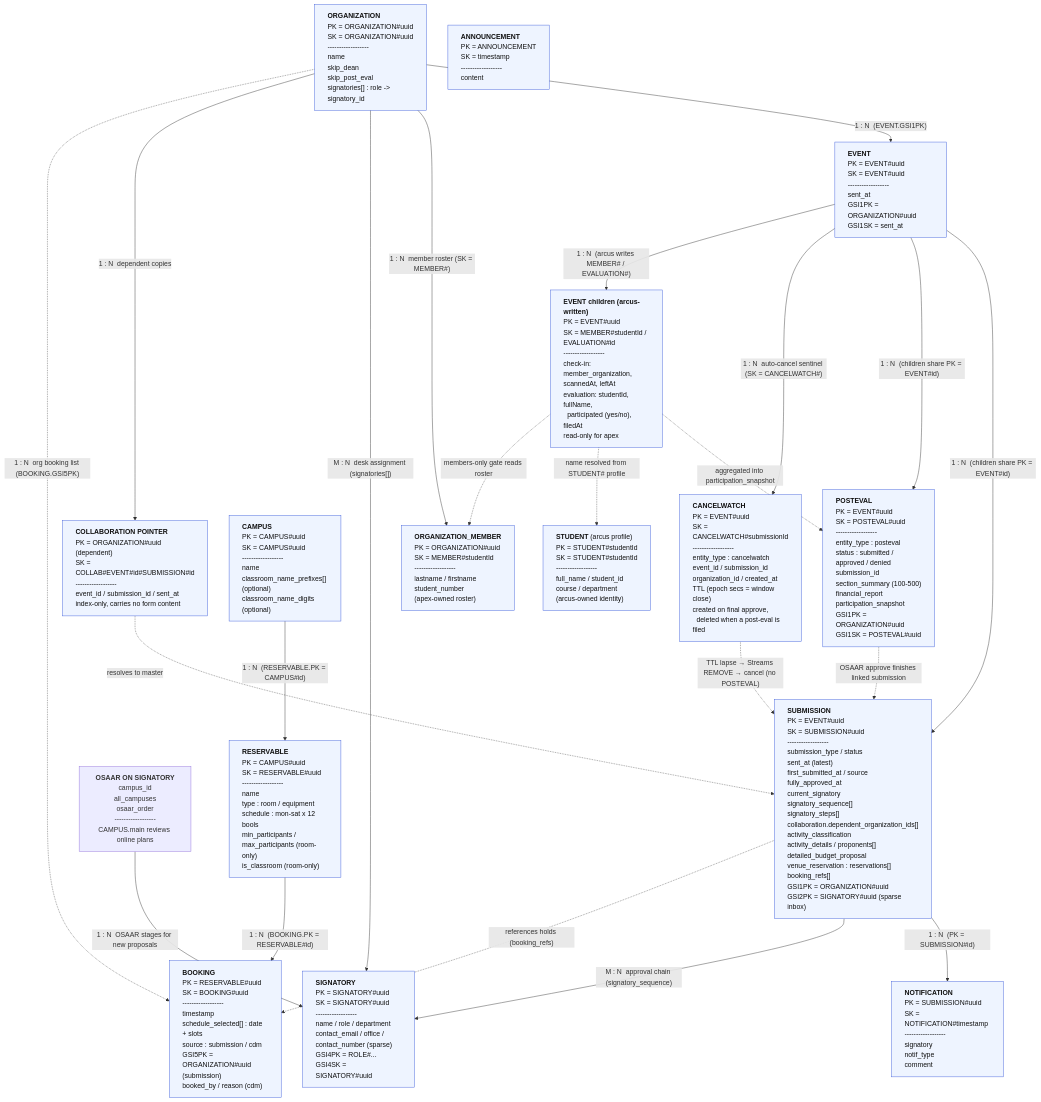
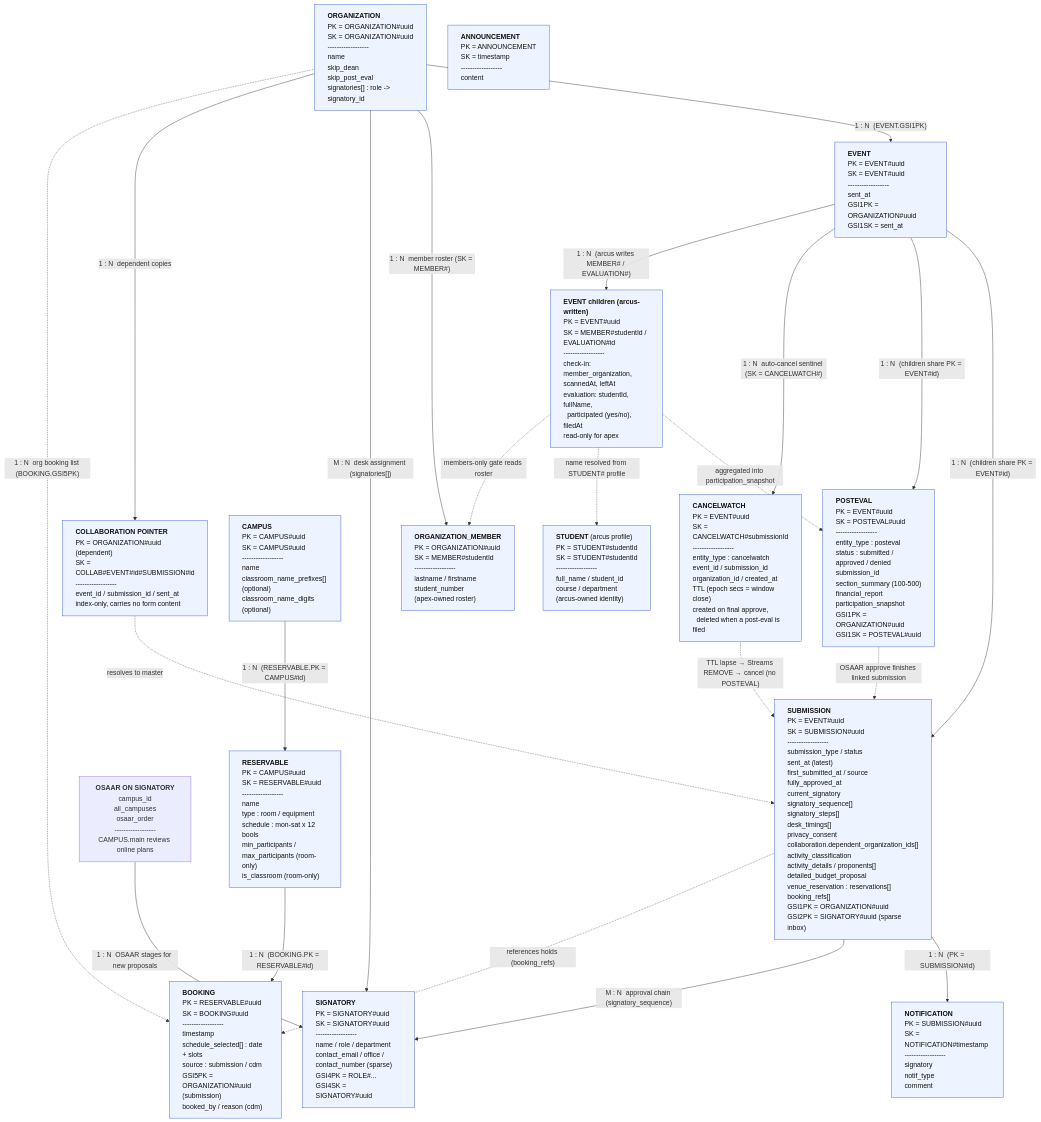
The diagram in docs/erd/erd.mmd (nomorepinto/mapua-apex), drawn with Mermaid before and after one commit. The commit also changed 44 other files, not shown here.

```diff
--- a/docs/erd/erd.mmd
+++ b/docs/erd/erd.mmd
@@ -1,63 +1,63 @@
 %% mapua-apex - Conceptual ERD (DynamoDB single-table design)
 %% Laid out top-down (graph TD) so the diagram renders vertically and fits
 %% an 8.5x11 portrait page without horizontal cut-off.
 %% Relationships are LOGICAL only: DynamoDB stores no foreign keys, IDs are
 %% copied onto items and resolved at write time.
 %% DEADLINE REMINDER is intentionally omitted (deprecated: orphaned read path,
 %% no producer). See "DynamoDB Schema.txt" -> Deprecated / removed objects.
 graph TD
     ORGANIZATION["<b>ORGANIZATION</b><br/>PK = ORGANIZATION#uuid<br/>SK = ORGANIZATION#uuid<br/>------------------<br/>name<br/>skip_dean<br/>skip_post_eval<br/>signatories[] : role -&gt; signatory_id"]
 
     ORG_MEMBER["<b>ORGANIZATION_MEMBER</b><br/>PK = ORGANIZATION#uuid<br/>SK = MEMBER#studentId<br/>------------------<br/>lastname / firstname<br/>student_number<br/>(apex-owned roster)"]
 
     EVENT["<b>EVENT</b><br/>PK = EVENT#uuid<br/>SK = EVENT#uuid<br/>------------------<br/>sent_at<br/>GSI1PK = ORGANIZATION#uuid<br/>GSI1SK = sent_at"]
 
-    SUBMISSION["<b>SUBMISSION</b><br/>PK = EVENT#uuid<br/>SK = SUBMISSION#uuid<br/>------------------<br/>submission_type / status<br/>sent_at (latest)<br/>first_submitted_at / source<br/>fully_approved_at<br/>current_signatory<br/>signatory_sequence[]<br/>signatory_steps[]<br/>collaboration.dependent_organization_ids[]<br/>activity_classification<br/>activity_details / proponents[]<br/>detailed_budget_proposal<br/>venue_reservation : reservations[]<br/>booking_refs[]<br/>GSI1PK = ORGANIZATION#uuid<br/>GSI2PK = SIGNATORY#uuid (sparse inbox)"]
+    SUBMISSION["<b>SUBMISSION</b><br/>PK = EVENT#uuid<br/>SK = SUBMISSION#uuid<br/>------------------<br/>submission_type / status<br/>sent_at (latest)<br/>first_submitted_at / source<br/>fully_approved_at<br/>current_signatory<br/>signatory_sequence[]<br/>signatory_steps[]<br/>desk_timings[]<br/>privacy_consent<br/>collaboration.dependent_organization_ids[]<br/>activity_classification<br/>activity_details / proponents[]<br/>detailed_budget_proposal<br/>venue_reservation : reservations[]<br/>booking_refs[]<br/>GSI1PK = ORGANIZATION#uuid<br/>GSI2PK = SIGNATORY#uuid (sparse inbox)"]
     SETTINGS["<b>OSAAR ON SIGNATORY</b><br/>campus_id<br/>all_campuses<br/>osaar_order<br/>------------------<br/>CAMPUS.main reviews online plans"]
 
     NOTIFICATION["<b>NOTIFICATION</b><br/>PK = SUBMISSION#uuid<br/>SK = NOTIFICATION#timestamp<br/>------------------<br/>signatory<br/>notif_type<br/>comment"]
 
     SIGNATORY["<b>SIGNATORY</b><br/>PK = SIGNATORY#uuid<br/>SK = SIGNATORY#uuid<br/>------------------<br/>name / role / department<br/>contact_email / office / contact_number (sparse)<br/>GSI4PK = ROLE#...<br/>GSI4SK = SIGNATORY#uuid"]
 
     COLLAB["<b>COLLABORATION POINTER</b><br/>PK = ORGANIZATION#uuid (dependent)<br/>SK = COLLAB#EVENT#id#SUBMISSION#id<br/>------------------<br/>event_id / submission_id / sent_at<br/>index-only, carries no form content"]
 
     ANNOUNCEMENT["<b>ANNOUNCEMENT</b><br/>PK = ANNOUNCEMENT<br/>SK = timestamp<br/>------------------<br/>content"]
 
     CAMPUS["<b>CAMPUS</b><br/>PK = CAMPUS#uuid<br/>SK = CAMPUS#uuid<br/>------------------<br/>name<br/>classroom_name_prefixes[] (optional)<br/>classroom_name_digits (optional)"]
 
     RESERVABLE["<b>RESERVABLE</b><br/>PK = CAMPUS#uuid<br/>SK = RESERVABLE#uuid<br/>------------------<br/>name<br/>type : room / equipment<br/>schedule : mon-sat x 12 bools<br/>min_participants / max_participants (room-only)<br/>is_classroom (room-only)"]
 
     BOOKING["<b>BOOKING</b><br/>PK = RESERVABLE#uuid<br/>SK = BOOKING#uuid<br/>------------------<br/>timestamp<br/>schedule_selected[] : date + slots<br/>source : submission / cdm<br/>GSI5PK = ORGANIZATION#uuid (submission)<br/>booked_by / reason (cdm)"]
 
     POSTEVAL["<b>POSTEVAL</b><br/>PK = EVENT#uuid<br/>SK = POSTEVAL#uuid<br/>------------------<br/>entity_type : posteval<br/>status : submitted / approved / denied<br/>submission_id<br/>section_summary (100-500)<br/>financial_report<br/>participation_snapshot<br/>GSI1PK = ORGANIZATION#uuid<br/>GSI1SK = POSTEVAL#uuid"]
 
     CANCELWATCH["<b>CANCELWATCH</b><br/>PK = EVENT#uuid<br/>SK = CANCELWATCH#submissionId<br/>------------------<br/>entity_type : cancelwatch<br/>event_id / submission_id<br/>organization_id / created_at<br/>TTL (epoch secs = window close)<br/>created on final approve,<br/>&nbsp;&nbsp;deleted when a post-eval is filed"]
 
     ARCUS_CHILD["<b>EVENT children (arcus-written)</b><br/>PK = EVENT#uuid<br/>SK = MEMBER#studentId / EVALUATION#id<br/>------------------<br/>check-in: member_organization, scannedAt, leftAt<br/>evaluation: studentId, fullName,<br/>&nbsp;&nbsp;participated (yes/no), filedAt<br/>read-only for apex"]
 
     STUDENT["<b>STUDENT</b> (arcus profile)<br/>PK = STUDENT#studentId<br/>SK = STUDENT#studentId<br/>------------------<br/>full_name / student_id<br/>course / department<br/>(arcus-owned identity)"]
 
     ORGANIZATION -->|"1 : N &nbsp;(EVENT.GSI1PK)"| EVENT
     ORGANIZATION -->|"1 : N &nbsp;member roster (SK = MEMBER#)"| ORG_MEMBER
     EVENT -->|"1 : N &nbsp;(children share PK = EVENT#id)"| SUBMISSION
     SUBMISSION -->|"1 : N &nbsp;(PK = SUBMISSION#id)"| NOTIFICATION
     ORGANIZATION -->|"M : N &nbsp;desk assignment (signatories[])"| SIGNATORY
     SUBMISSION -->|"M : N &nbsp;approval chain (signatory_sequence)"| SIGNATORY
     SETTINGS -->|"1 : N &nbsp;OSAAR stages for new proposals"| SIGNATORY
     ORGANIZATION -->|"1 : N &nbsp;dependent copies"| COLLAB
     COLLAB -.->|"resolves to master"| SUBMISSION
     CAMPUS -->|"1 : N &nbsp;(RESERVABLE.PK = CAMPUS#id)"| RESERVABLE
     RESERVABLE -->|"1 : N &nbsp;(BOOKING.PK = RESERVABLE#id)"| BOOKING
     SUBMISSION -.->|"references holds (booking_refs)"| BOOKING
     ORGANIZATION -.->|"1 : N &nbsp;org booking list (BOOKING.GSI5PK)"| BOOKING
     EVENT -->|"1 : N &nbsp;(children share PK = EVENT#id)"| POSTEVAL
     EVENT -->|"1 : N &nbsp;auto-cancel sentinel (SK = CANCELWATCH#)"| CANCELWATCH
     CANCELWATCH -.->|"TTL lapse &rarr; Streams REMOVE &rarr; cancel (no POSTEVAL)"| SUBMISSION
     EVENT -->|"1 : N &nbsp;(arcus writes MEMBER# / EVALUATION#)"| ARCUS_CHILD
     POSTEVAL -.->|"OSAAR approve finishes linked submission"| SUBMISSION
     ARCUS_CHILD -.->|"aggregated into participation_snapshot"| POSTEVAL
     ARCUS_CHILD -.->|"name resolved from STUDENT# profile"| STUDENT
     ARCUS_CHILD -.->|"members-only gate reads roster"| ORG_MEMBER
 
     classDef entity fill:#eef4ff,stroke:#3b5bdb,stroke-width:1px,color:#111111,text-align:left;
     class ORGANIZATION,ORG_MEMBER,EVENT,SUBMISSION,NOTIFICATION,SIGNATORY,COLLAB,ANNOUNCEMENT,CAMPUS,RESERVABLE,BOOKING,POSTEVAL,CANCELWATCH,ARCUS_CHILD,STUDENT entity;
```
